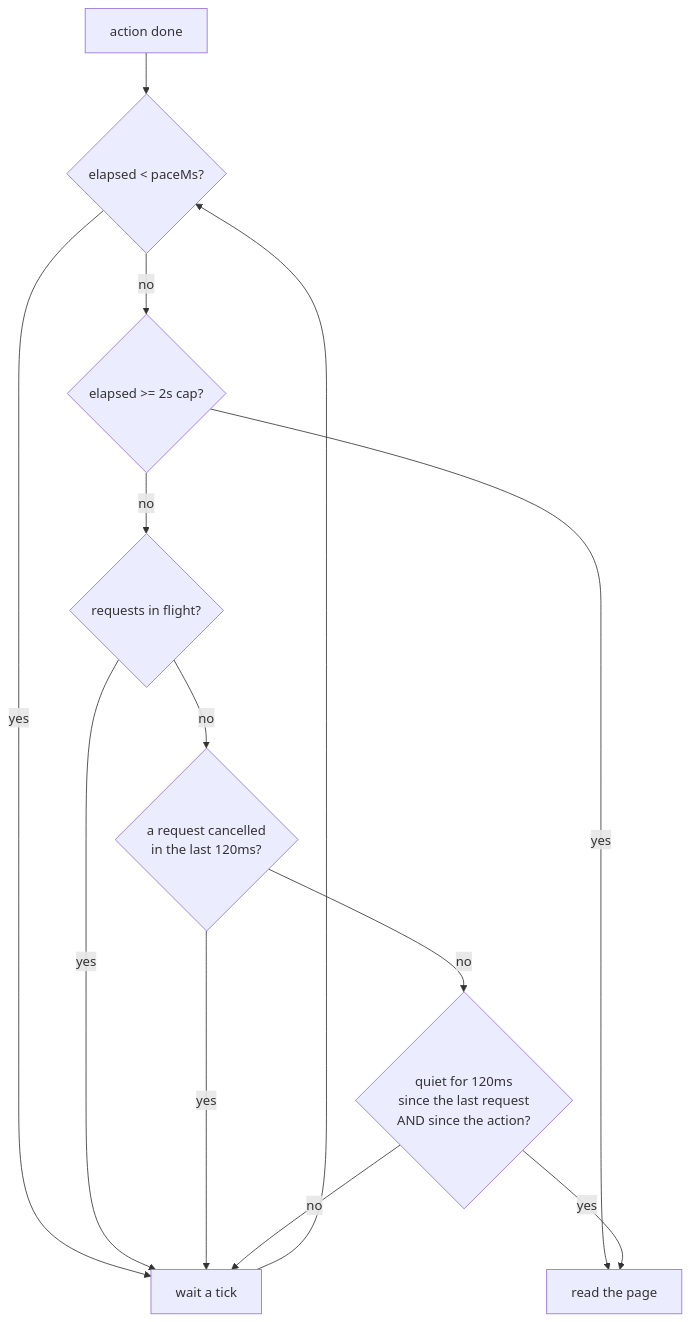
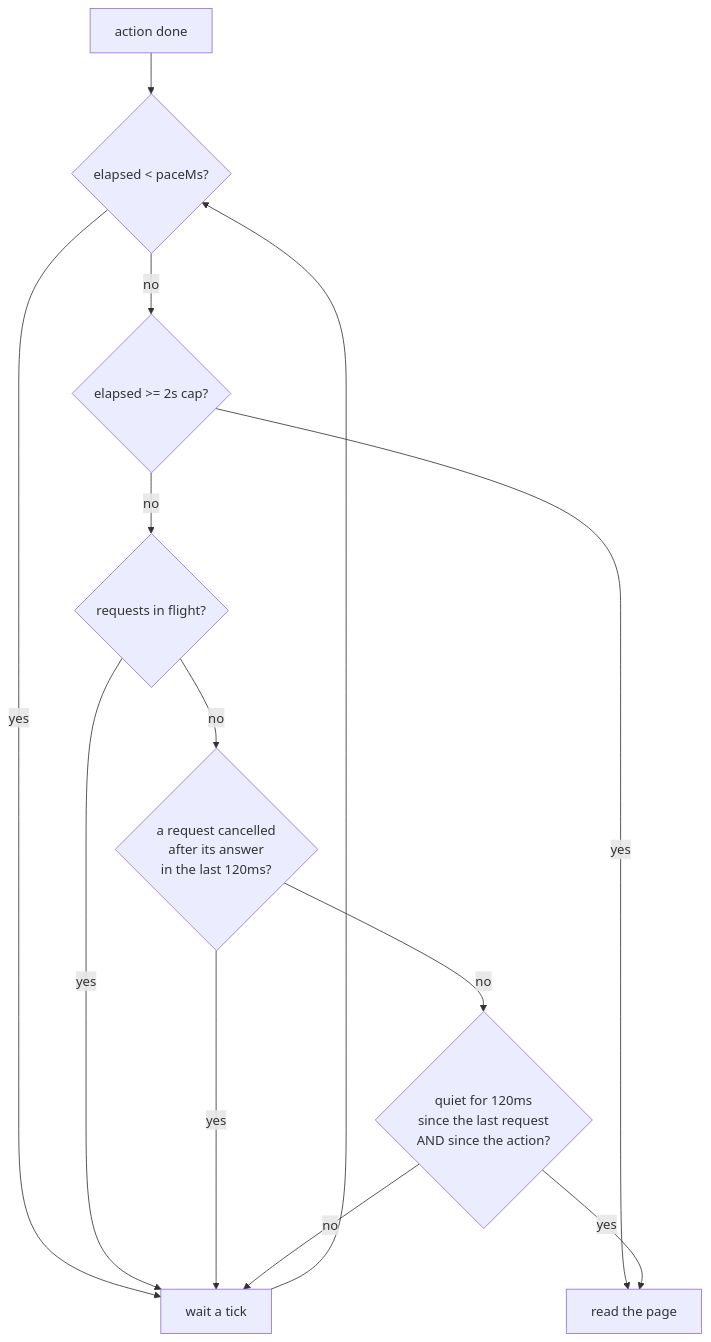
Before and after one commit to brunoboto96/SceneScout: the third of 9 diagrams in docs/how-it-works.md, drawn with Mermaid. The commit also changed other lines of this file and 5 other files, not shown here.

First line of the commit message:
Settle: count a cancelled request only when its answer had arrived

````diff
--- a/docs/how-it-works.md
+++ b/docs/how-it-works.md
@@ -90,15 +90,15 @@
 ```mermaid
 flowchart TD
     A[action done] --> B{elapsed < paceMs?}
     B -->|yes| W[wait a tick]
     B -->|no| C{elapsed >= 2s cap?}
     C -->|yes| R[read the page]
     C -->|no| D{requests in flight?}
     D -->|yes| W
-    D -->|no| X{a request cancelled<br/>in the last 120ms?}
+    D -->|no| X{a request cancelled<br/>after its answer<br/>in the last 120ms?}
     X -->|yes| W
     X -->|no| E{quiet for 120ms<br/>since the last request<br/>AND since the action?}
     E -->|no| W
     E -->|yes| R
     W --> B
 ```
````
